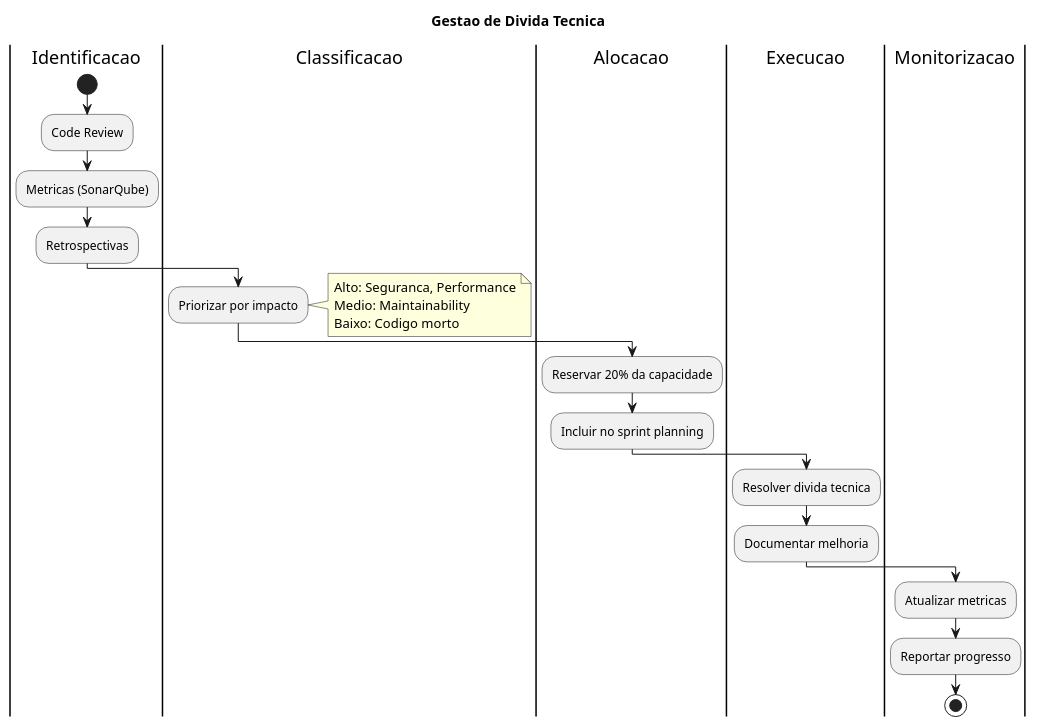
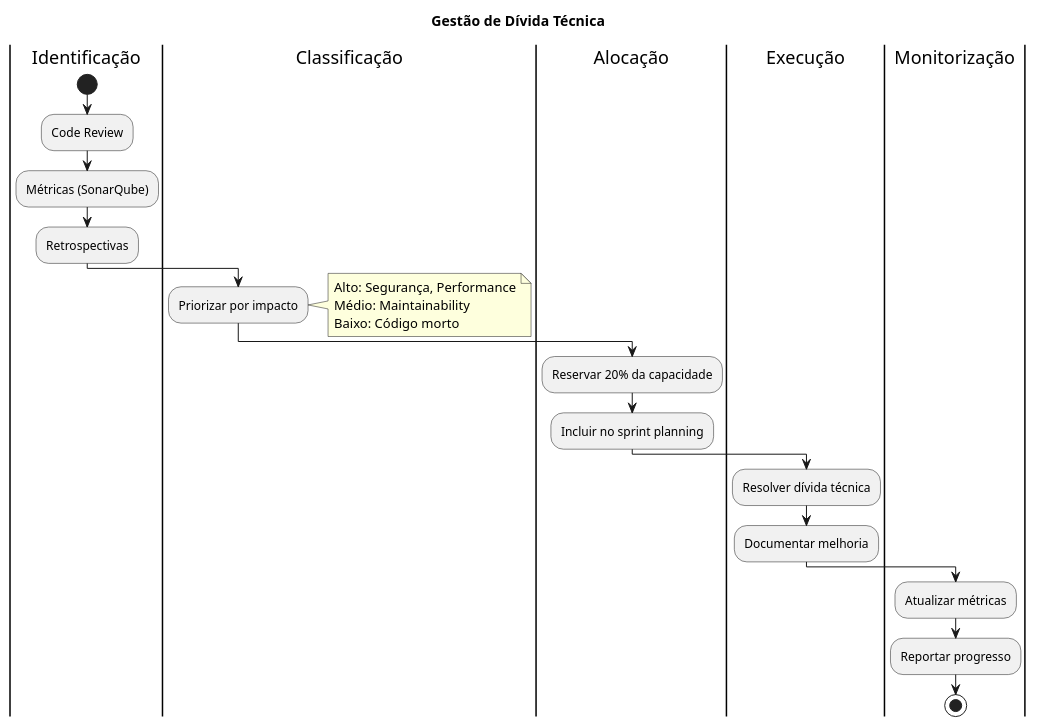
One commit to beduardo/novobanco_website_doc changed the fourth of 6 diagrams in current/definitions/DEF-15-governacao-roadmap.md. Above: the diagram before and after it, drawn with PlantUML. The commit also changed other lines of this file and 182 other files, not shown here.

````diff
--- a/current/definitions/DEF-15-governacao-roadmap.md
+++ b/current/definitions/DEF-15-governacao-roadmap.md
@@ -226,35 +226,35 @@
 ```plantuml
 @startuml
 skinparam backgroundColor white
 
-title Gestao de Divida Tecnica
+title Gestão de Dívida Técnica
 
-|Identificacao|
+|Identificação|
 start
 :Code Review;
-:Metricas (SonarQube);
+:Métricas (SonarQube);
 :Retrospectivas;
 
-|Classificacao|
+|Classificação|
 :Priorizar por impacto;
 note right
-Alto: Seguranca, Performance
-Medio: Maintainability
-Baixo: Codigo morto
+Alto: Segurança, Performance
+Médio: Maintainability
+Baixo: Código morto
 end note
 
-|Alocacao|
+|Alocação|
 :Reservar 20% da capacidade;
 :Incluir no sprint planning;
 
-|Execucao|
-:Resolver divida tecnica;
+|Execução|
+:Resolver dívida técnica;
 :Documentar melhoria;
 
-|Monitorizacao|
-:Atualizar metricas;
+|Monitorização|
+:Atualizar métricas;
 :Reportar progresso;
 stop
 
 @enduml
 ```
````
